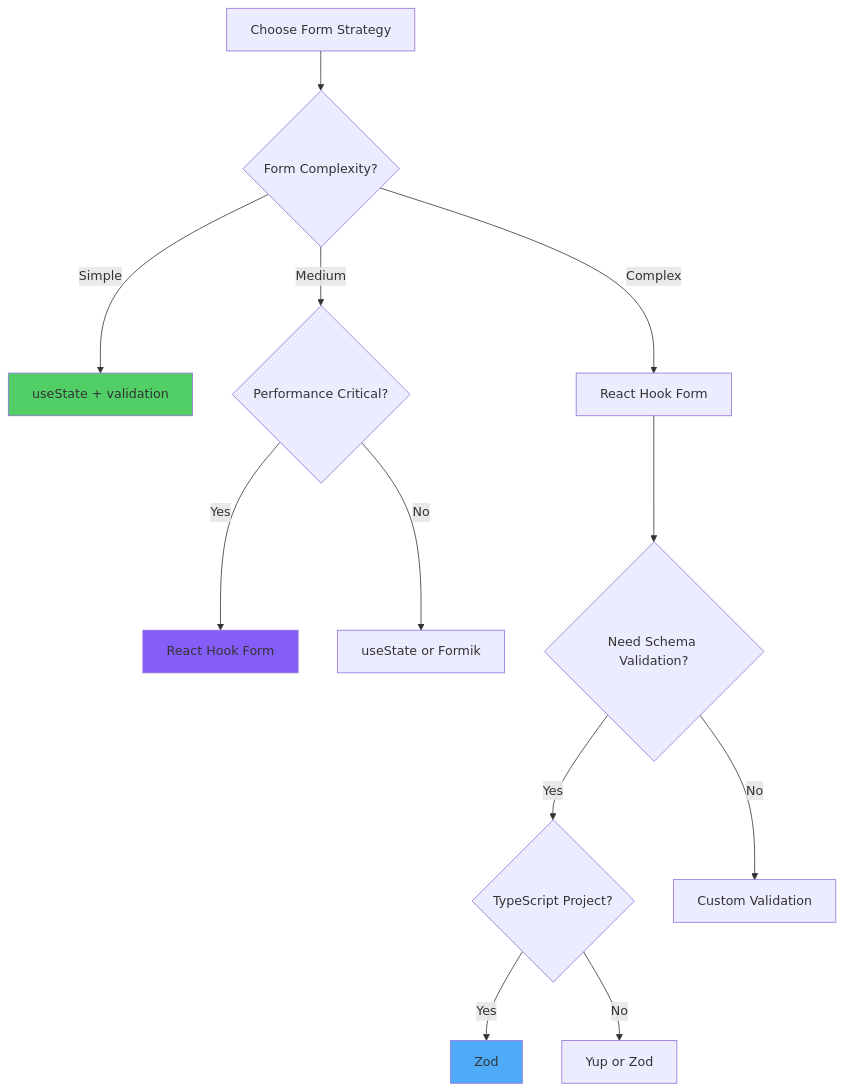
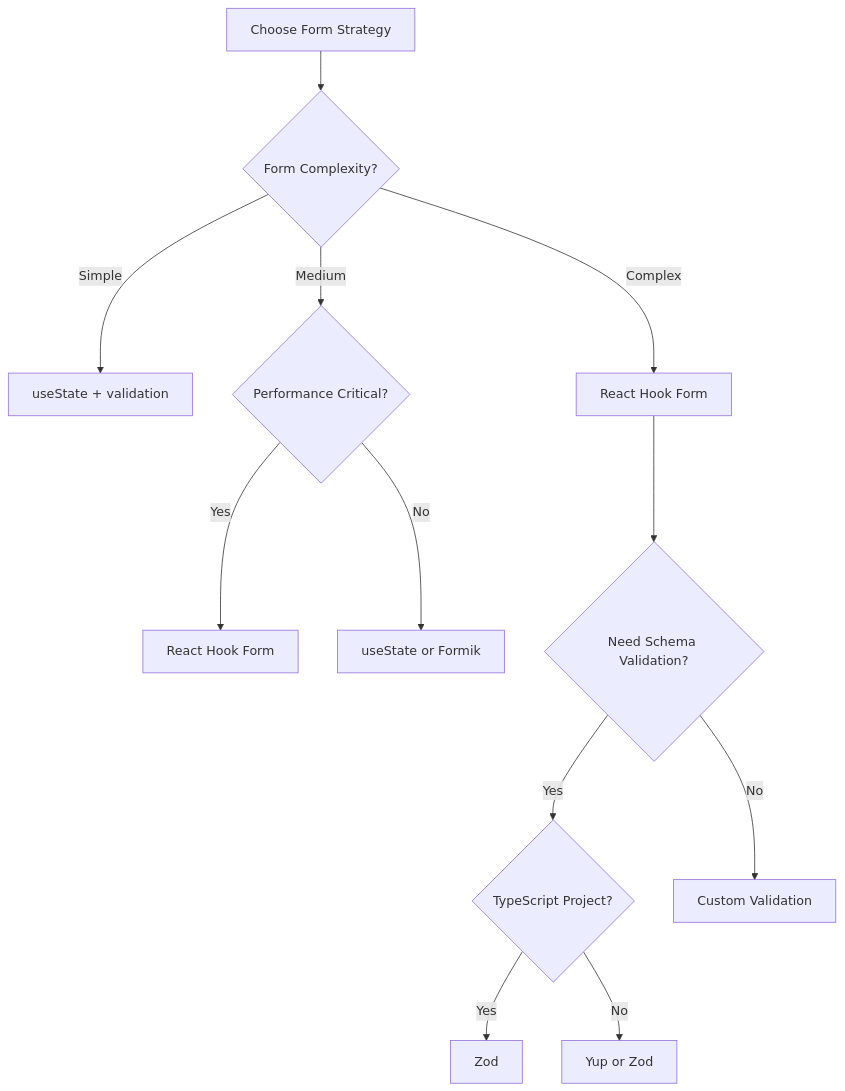
Before and after one commit to BabaScience/react-guides: the fifth of 5 diagrams in arguments/chapters/08-forms-and-validations.md, drawn with Mermaid. The commit also changed other lines of this file and 29 other files, not shown here.

First line of the commit message:
Bring React FR/IT translations to full English parity + theme-safe diagrams

````diff
--- a/arguments/chapters/08-forms-and-validations.md
+++ b/arguments/chapters/08-forms-and-validations.md
@@ -2533,22 +2530,19 @@
 ```mermaid
 graph TD
     A[Choose Form Strategy] --> B{Form Complexity?}
     
     B -->|Simple| C[useState + validation]
     B -->|Medium| D{Performance Critical?}
     B -->|Complex| E[React Hook Form]
     
     D -->|Yes| F[React Hook Form]
     D -->|No| G[useState or Formik]
     
     E --> H{Need Schema Validation?}
     H -->|Yes| I{TypeScript Project?}
     H -->|No| J[Custom Validation]
     
     I -->|Yes| K[Zod]
     I -->|No| L[Yup or Zod]
     
-    style C fill:#51cf66
-    style F fill:#845ef7
-    style K fill:#4dabf7
 ```
````
